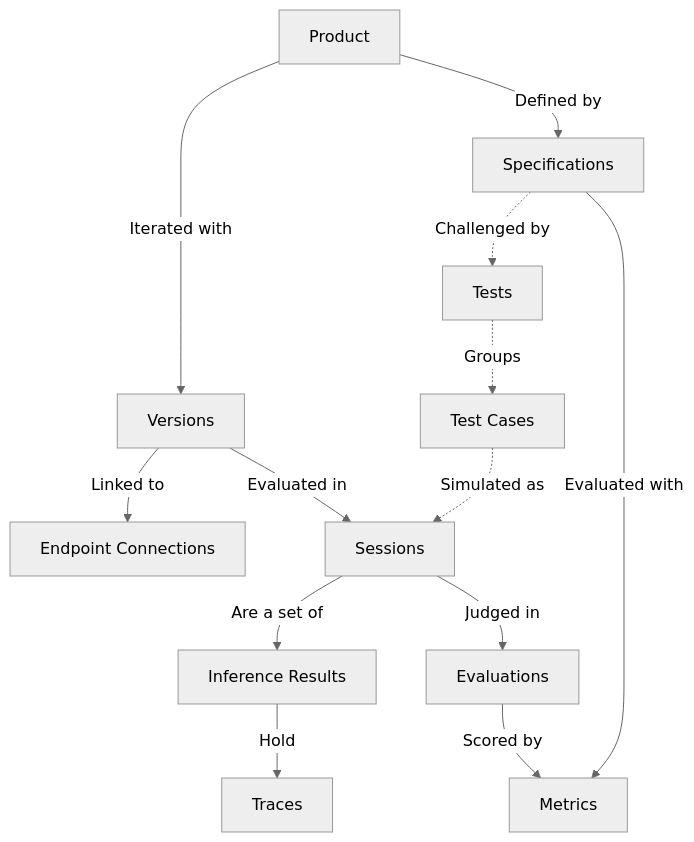
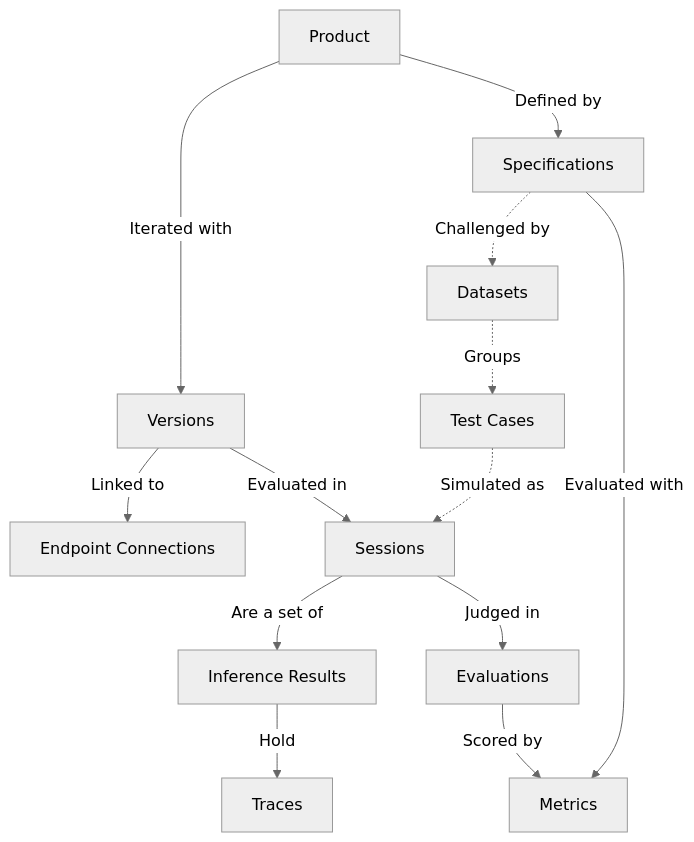
Before and after one commit to Galtea-AI/docs: the diagram in concepts/overview.mdx, drawn with Mermaid. The commit also changed other lines of this file and 105 other files, not shown here.

````diff
--- a/concepts/overview.mdx
+++ b/concepts/overview.mdx
@@ -24,29 +24,29 @@
 ```mermaid
 %%{init: {"theme": "neutral"}}%%
 flowchart TD
     P[Product]
-    T[Tests]
+    T[Datasets]
     Spec[Specifications]
     V[Versions]
     EC[Endpoint Connections]
     TC[Test Cases]
     S[Sessions]
     Tr[Traces]
     IR[Inference Results]
     E[Evaluations]
     M[Metrics]
 
     P --> |Defined by| Spec
     Spec -.-> |Challenged by| T
     T -.-> |Groups| TC
     TC -.-> |Simulated as| S
     S --> |Are a set of| IR
     IR --> |Hold| Tr
     S --> |Judged in| E
     Spec --> |Evaluated with| M
     E --> |Scored by| M
 
     P --> |Iterated with| V
     V --> |Linked to| EC
     V --> |Evaluated in| S
 ```
````
